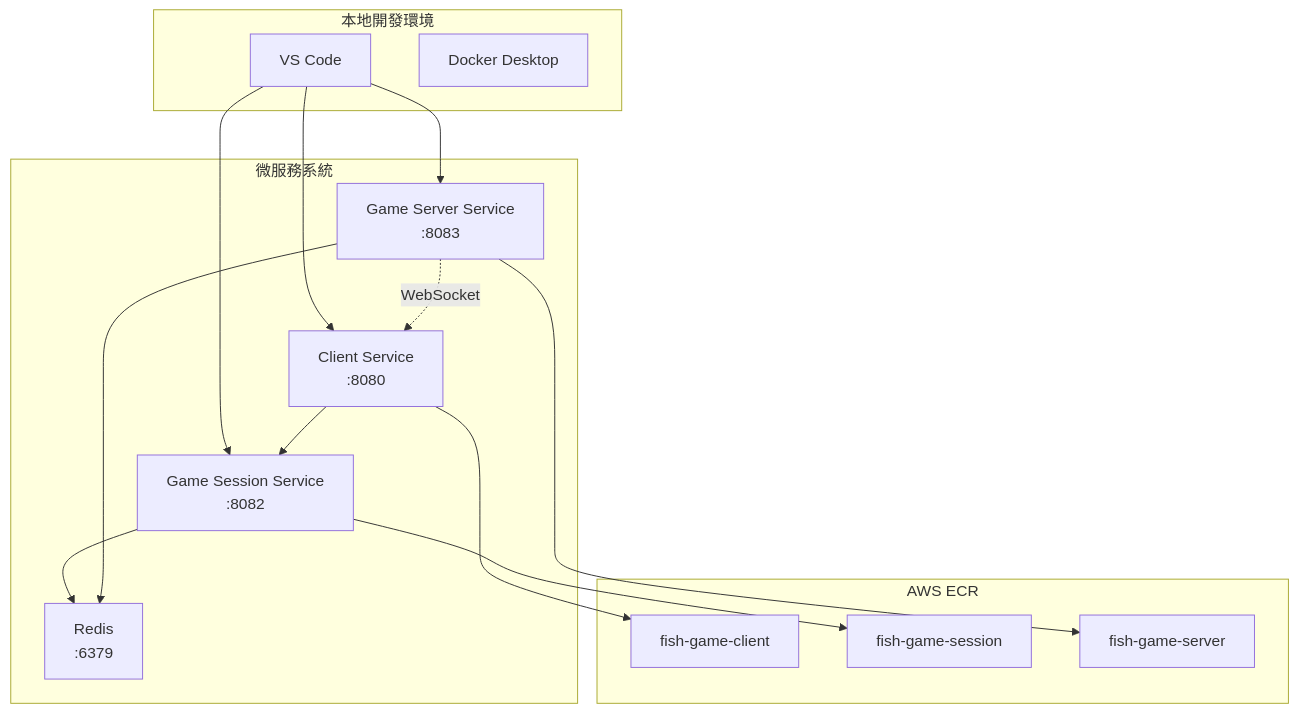
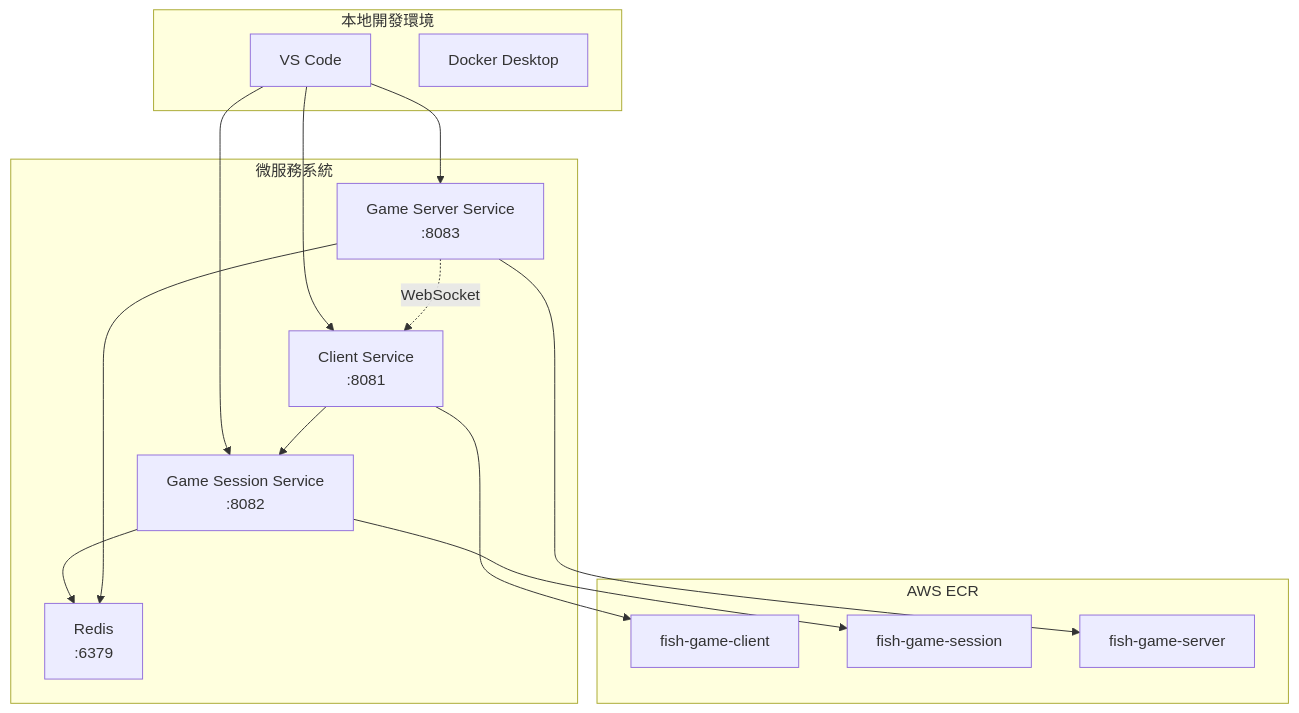
The diagram in 1.service-verification-containerization/README.md (hoycdanny/fish-machine-workshop), drawn with Mermaid before and after one commit. The commit also changed other lines of this file and 4 other files, not shown here.

````diff
--- a/1.service-verification-containerization/README.md
+++ b/1.service-verification-containerization/README.md
@@ -37,33 +37,33 @@
 ```mermaid
 graph TB
     subgraph "本地開發環境"
         VS[VS Code]
         Docker[Docker Desktop]
     end
     
     subgraph "微服務系統"
-        CS[Client Service<br/>:8080]
+        CS[Client Service<br/>:8081]
         GSS[Game Session Service<br/>:8082]
         GS[Game Server Service<br/>:8083]
         Redis[Redis<br/>:6379]
     end
     
     subgraph "AWS ECR"
         ECR1[fish-game-client]
         ECR2[fish-game-session]
         ECR3[fish-game-server]
     end
     
     VS --> CS
     VS --> GSS
     VS --> GS
     
     CS --> GSS
     GSS --> Redis
     GS --> Redis
     GS -.WebSocket.-> CS
     
     CS --> ECR1
     GSS --> ECR2
     GS --> ECR3
 ```
````
